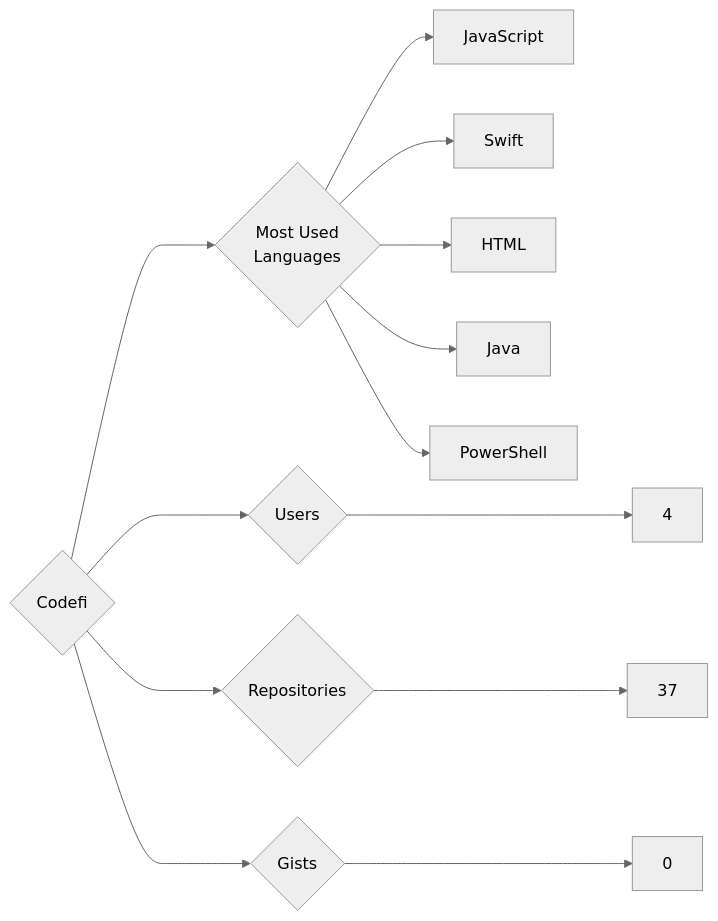
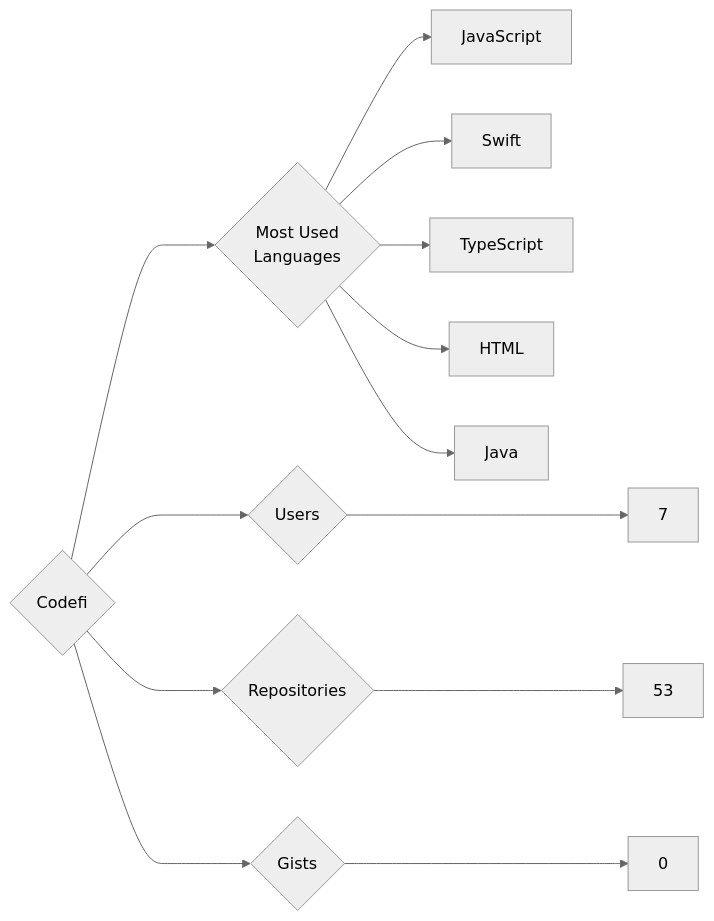
One commit to trickest/insiders changed the diagram in targets/Codefi/README.md. Above: the diagram before and after it, drawn with Mermaid (neutral theme). The commit also changed 1084 other files, not shown here.

````diff
--- a/targets/Codefi/README.md
+++ b/targets/Codefi/README.md
@@ -3,13 +3,13 @@
 ```mermaid
 graph LR
 COMPANY_NAME{Codefi}
-COMPANY_NAME ---> U{Users} ---> UN[4]
-COMPANY_NAME ---> R{Repositories} ---> RN[37]
+COMPANY_NAME ---> U{Users} ---> UN[7]
+COMPANY_NAME ---> R{Repositories} ---> RN[53]
 COMPANY_NAME ---> G{Gists} ---> GN[0]
 COMPANY_NAME ---> ML{Most Used<br>Languages}
 ML --> JavaScript[JavaScript]
 ML --> Swift[Swift]
+ML --> TypeScript[TypeScript]
 ML --> HTML[HTML]
 ML --> Java[Java]
-ML --> PowerShell[PowerShell]
 ```
````
